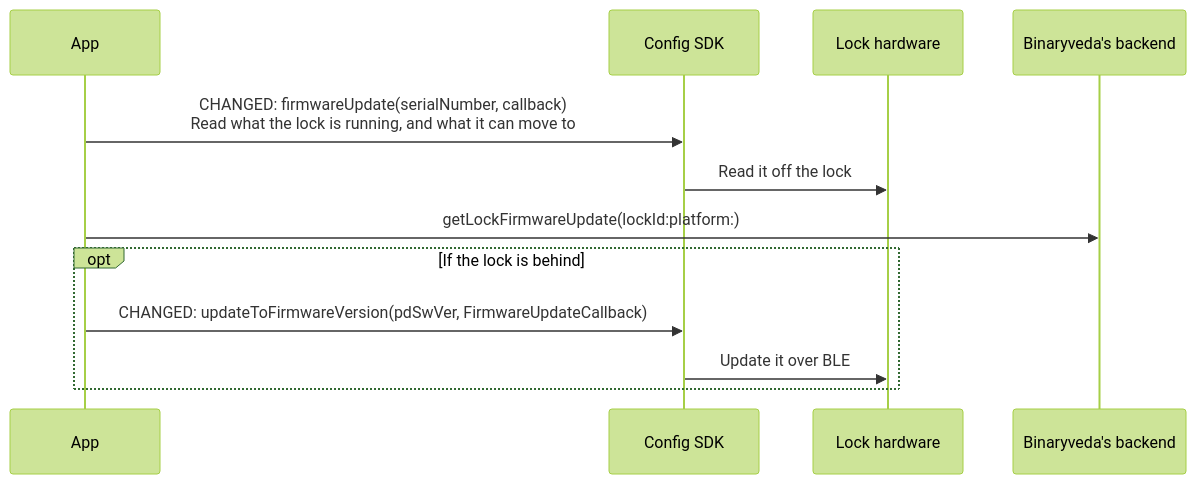
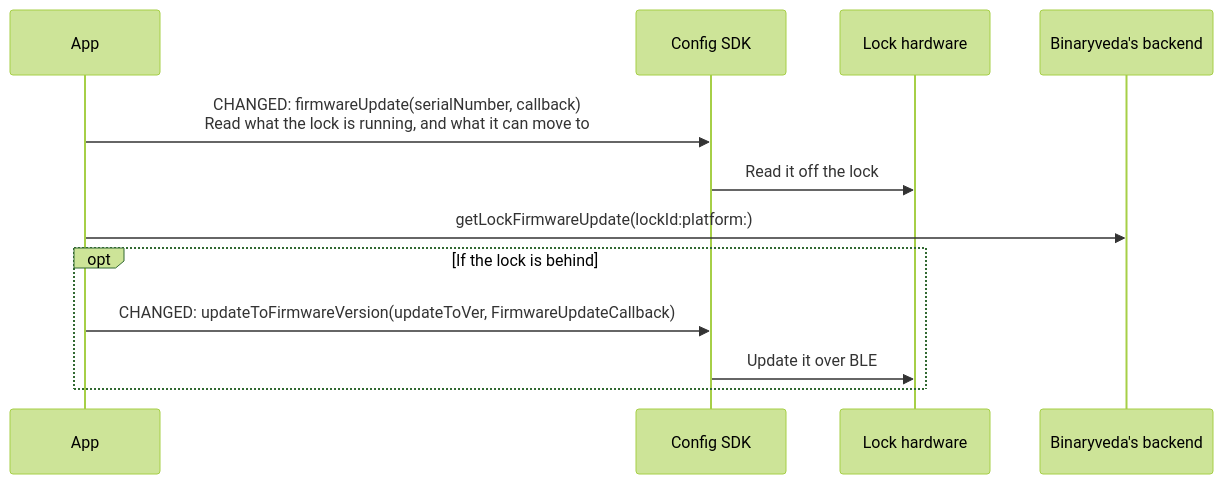
One commit to spintly-integrations-support/godrej-software-guide changed the sixth of 9 diagrams in docs/lock-onboarding.md. Above: the diagram before and after it, drawn with Mermaid (forest theme). The commit also changed other lines of this file and 7 other files, not shown here.

````diff
--- a/docs/lock-onboarding.md
+++ b/docs/lock-onboarding.md
@@ -282,15 +282,15 @@
 ```mermaid
 sequenceDiagram
     participant A as App
     participant C as Config SDK
     participant L as Lock hardware
     participant B as Binaryveda's backend
 
     A->>C: CHANGED: firmwareUpdate(serialNumber, callback)<br/>Read what the lock is running, and what it can move to
     C->>L: Read it off the lock
     A->>B: getLockFirmwareUpdate(lockId:platform:)
     opt If the lock is behind
-        A->>C: CHANGED: updateToFirmwareVersion(pdSwVer, FirmwareUpdateCallback)
+        A->>C: CHANGED: updateToFirmwareVersion(updateToVer, FirmwareUpdateCallback)
         C->>L: Update it over BLE
     end
 ```
````
